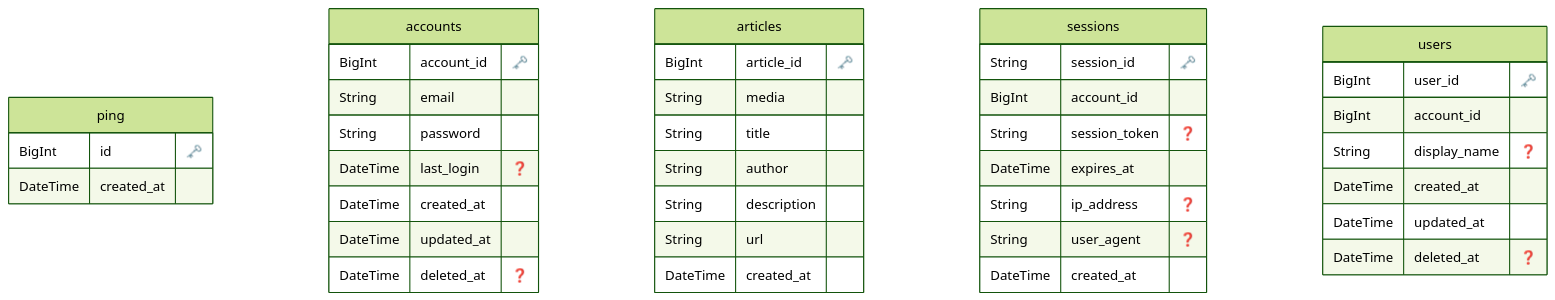
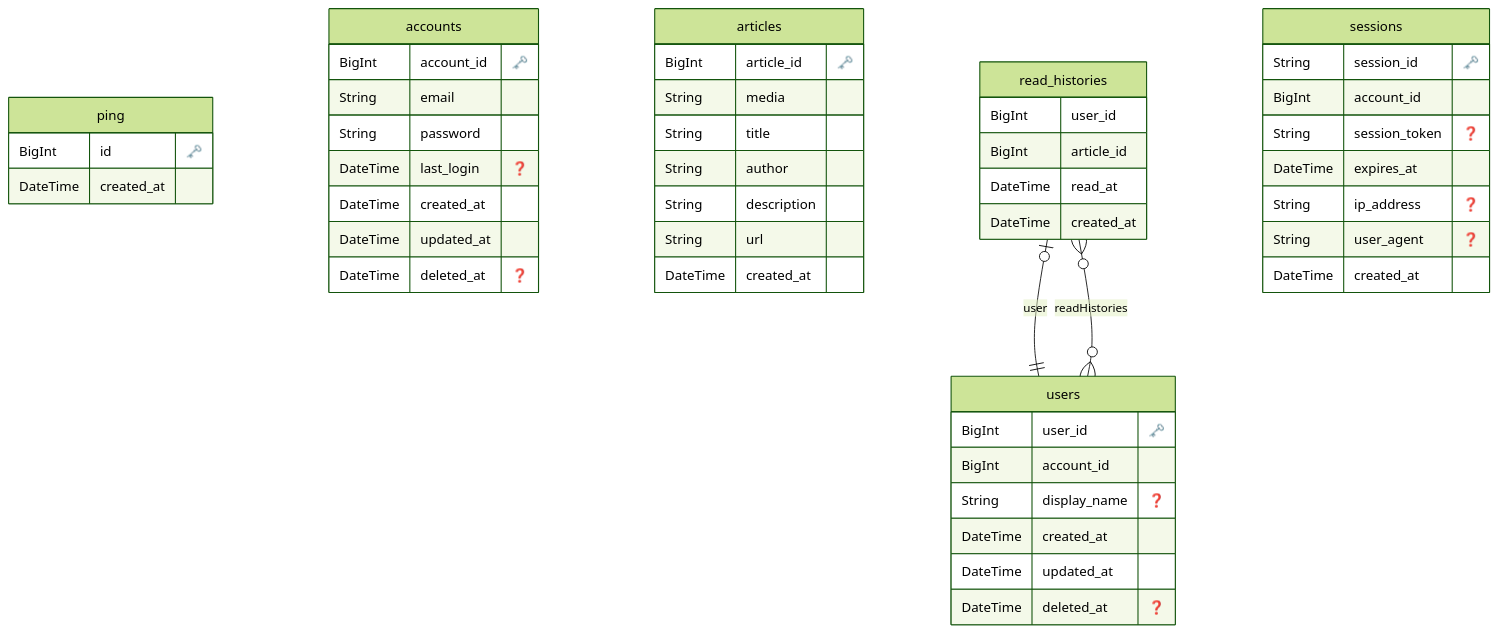
One commit to Geek-Teck-Mentors/trend_diary changed the diagram in prisma/ERD.md. Above: the diagram before and after it, drawn with Mermaid (forest theme).

````diff
--- a/prisma/ERD.md
+++ b/prisma/ERD.md
@@ -1,52 +1,62 @@
 ```mermaid
 erDiagram
 
   "ping" {
     BigInt id "🗝️"
     DateTime created_at 
     }
   
 
   "accounts" {
     BigInt account_id "🗝️"
     String email 
     String password 
     DateTime last_login "❓"
     DateTime created_at 
     DateTime updated_at 
     DateTime deleted_at "❓"
     }
   
 
   "articles" {
     BigInt article_id "🗝️"
     String media 
     String title 
     String author 
     String description 
     String url 
     DateTime created_at 
     }
   
 
+  "read_histories" {
+    BigInt user_id 
+    BigInt article_id 
+    DateTime read_at 
+    DateTime created_at 
+    }
+  
+
   "sessions" {
     String session_id "🗝️"
     BigInt account_id 
     String session_token "❓"
     DateTime expires_at 
     String ip_address "❓"
     String user_agent "❓"
     DateTime created_at 
     }
   
 
   "users" {
     BigInt user_id "🗝️"
     BigInt account_id 
     String display_name "❓"
     DateTime created_at 
     DateTime updated_at 
     DateTime deleted_at "❓"
     }
   
+    "read_histories" o|--|| "users" : "user"
+    "users" o{--}o "read_histories" : "readHistories"
 ```
````
